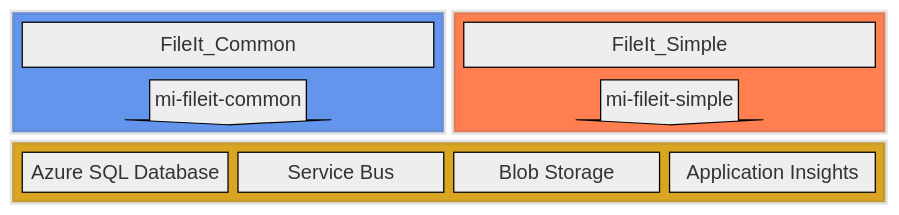
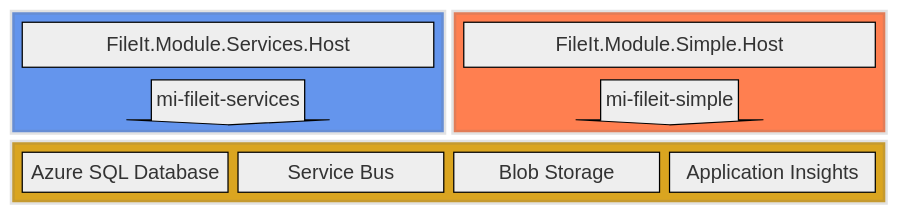
The diagram in README.md (cesarmeraz/cmeraz-fileit), drawn with Mermaid before and after one commit. The commit also changed 34 other files, not shown here.

````diff
--- a/README.md
+++ b/README.md
@@ -94,26 +94,26 @@
 ```mermaid
 %%{init: {'theme': 'neutral' } }%%
 block
   columns 4
     block:common:2
       columns 1
-      FA1["FileIt_Common"] 
-      MI1<["mi-fileit-common"]>(down) 
+      FA1["FileIt.Module.Services.Host"] 
+      MI1<["mi-fileit-services"]>(down) 
       end
     block:simple:2
       columns 1
-      FA2["FileIt_Simple"] 
+      FA2["FileIt.Module.Simple.Host"] 
       MA2<["mi-fileit-simple"]>(down) 
     end
   block:shared:4
     DB["Azure SQL Database"] 
     SB["Service Bus"] 
     BS["Blob Storage"] 
     AI["Application Insights"]
   end
   classDef shape color:black, stroke-width:1px, stroke:black 
   class FA1,MI1,FA2,MA2,DB,SB,BS,AI shape
   style common fill:cornflowerblue,stroke-width:4px
   style simple fill:coral,stroke-width:4px
   style shared fill:goldenrod,stroke-width:4px
 ```
````
